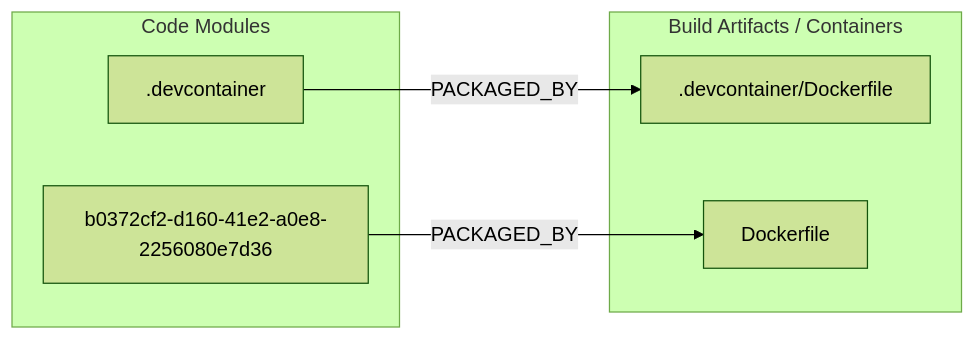
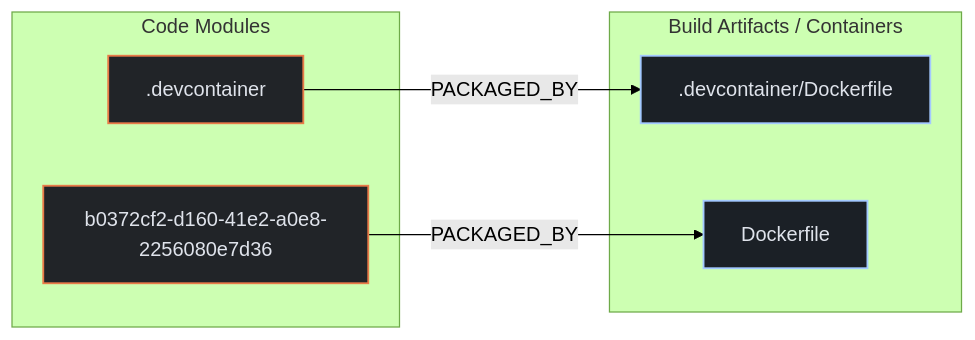
Before and after one commit to kumarshaz/atruss-code-atlas: the first of 2 diagrams in exports/latest/reports/home-assistant-docker-report.md, drawn with Mermaid (forest theme). The commit also changed other lines of this file and 331 other files, not shown here.

Commit message:
docs,ui,fix: update SDLC docs, reorder CI/CD DAG first, stylize Mermaid, and fix Arc42 pipeline topology

````diff
--- a/exports/latest/reports/home-assistant-docker-report.md
+++ b/exports/latest/reports/home-assistant-docker-report.md
@@ -57,13 +57,17 @@
 ```mermaid
 flowchart LR
+    classDef atlasCategory fill:#212428,stroke:#E87A48,stroke-width:1.5px,color:#dfe3eb
+    classDef atlasWorkflow fill:#1b2026,stroke:#a3c9ff,stroke-width:1.5px,color:#dfe3eb
+    classDef atlasJob fill:#171c22,stroke:#8d9199,stroke-width:1px,color:#dfe3eb
+    classDef atlasTarget fill:#005227,stroke:#8bd99b,stroke-width:1.5px,color:#a7f6b6
     subgraph code_modules["Code Modules"]
-        mod__devcontainer[".devcontainer"]
-        mod_b0372cf2_d160_41e2_a0e8_2256080e7d36["b0372cf2-d160-41e2-a0e8-2256080e7d36"]
+        mod__devcontainer[".devcontainer"]:::atlasCategory
+        mod_b0372cf2_d160_41e2_a0e8_2256080e7d36["b0372cf2-d160-41e2-a0e8-2256080e7d36"]:::atlasCategory
     end
     subgraph build_artifacts["Build Artifacts / Containers"]
-        art__devcontainer_Dockerfile[".devcontainer/Dockerfile"]
-        art_Dockerfile["Dockerfile"]
+        art__devcontainer_Dockerfile[".devcontainer/Dockerfile"]:::atlasWorkflow
+        art_Dockerfile["Dockerfile"]:::atlasWorkflow
     end
     mod__devcontainer -->|PACKAGED_BY| art__devcontainer_Dockerfile
     mod_b0372cf2_d160_41e2_a0e8_2256080e7d36 -->|PACKAGED_BY| art_Dockerfile
 ```
````
